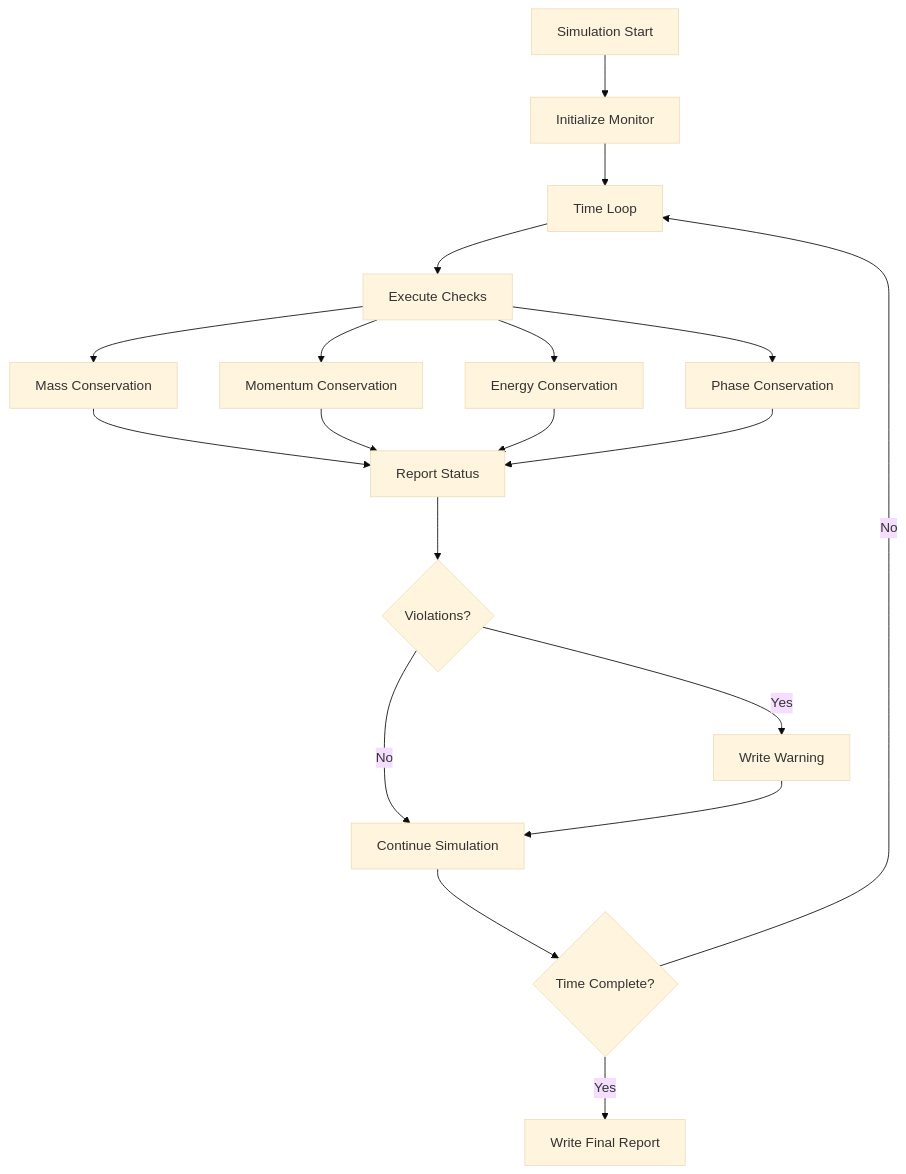
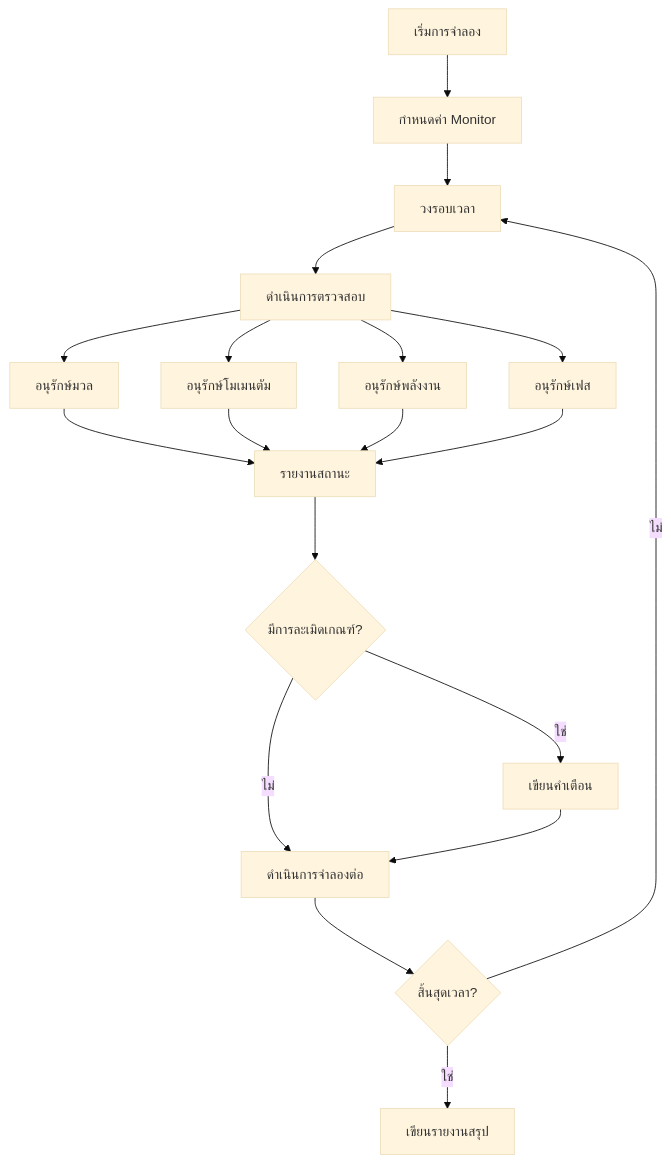
The fifth of 6 diagrams in MODULE_06_ADVANCED_PHYSICS/CONTENT/02_COUPLED_PHYSICS/05_Validation_and_Benchmarks.md (wramet/build-my-cfd), drawn with Mermaid (base theme) before and after one commit. The commit also changed other lines of this file and 104 other files, not shown here.

````diff
--- a/MODULE_06_ADVANCED_PHYSICS/CONTENT/02_COUPLED_PHYSICS/05_Validation_and_Benchmarks.md
+++ b/MODULE_06_ADVANCED_PHYSICS/CONTENT/02_COUPLED_PHYSICS/05_Validation_and_Benchmarks.md
@@ -861,21 +861,21 @@
 ```mermaid
 flowchart TD
-    A[Simulation Start] --> B[Initialize Monitor]
-    B --> C[Time Loop]
-    C --> D[Execute Checks]
-    D --> E[Mass Conservation]
-    D --> F[Momentum Conservation]
-    D --> G[Energy Conservation]
-    D --> H[Phase Conservation]
-    E --> I[Report Status]
+    A[เริ่มการจำลอง] --> B[กำหนดค่า Monitor]
+    B --> C[วงรอบเวลา]
+    C --> D[ดำเนินการตรวจสอบ]
+    D --> E[อนุรักษ์มวล]
+    D --> F[อนุรักษ์โมเมนตัม]
+    D --> G[อนุรักษ์พลังงาน]
+    D --> H[อนุรักษ์เฟส]
+    E --> I[รายงานสถานะ]
     F --> I
     G --> I
     H --> I
-    I --> J{Violations?}
-    J -->|No| K[Continue Simulation]
-    J -->|Yes| L[Write Warning]
+    I --> J{มีการละเมิดเกณฑ์?}
+    J -->|ไม่| K[ดำเนินการจำลองต่อ]
+    J -->|ใช่| L[เขียนคำเตือน]
     L --> K
-    K --> M{Time Complete?}
-    M -->|No| C
-    M -->|Yes| N[Write Final Report]
+    K --> M{สิ้นสุดเวลา?}
+    M -->|ไม่| C
+    M -->|ใช่| N[เขียนรายงานสรุป]
 ```
````
